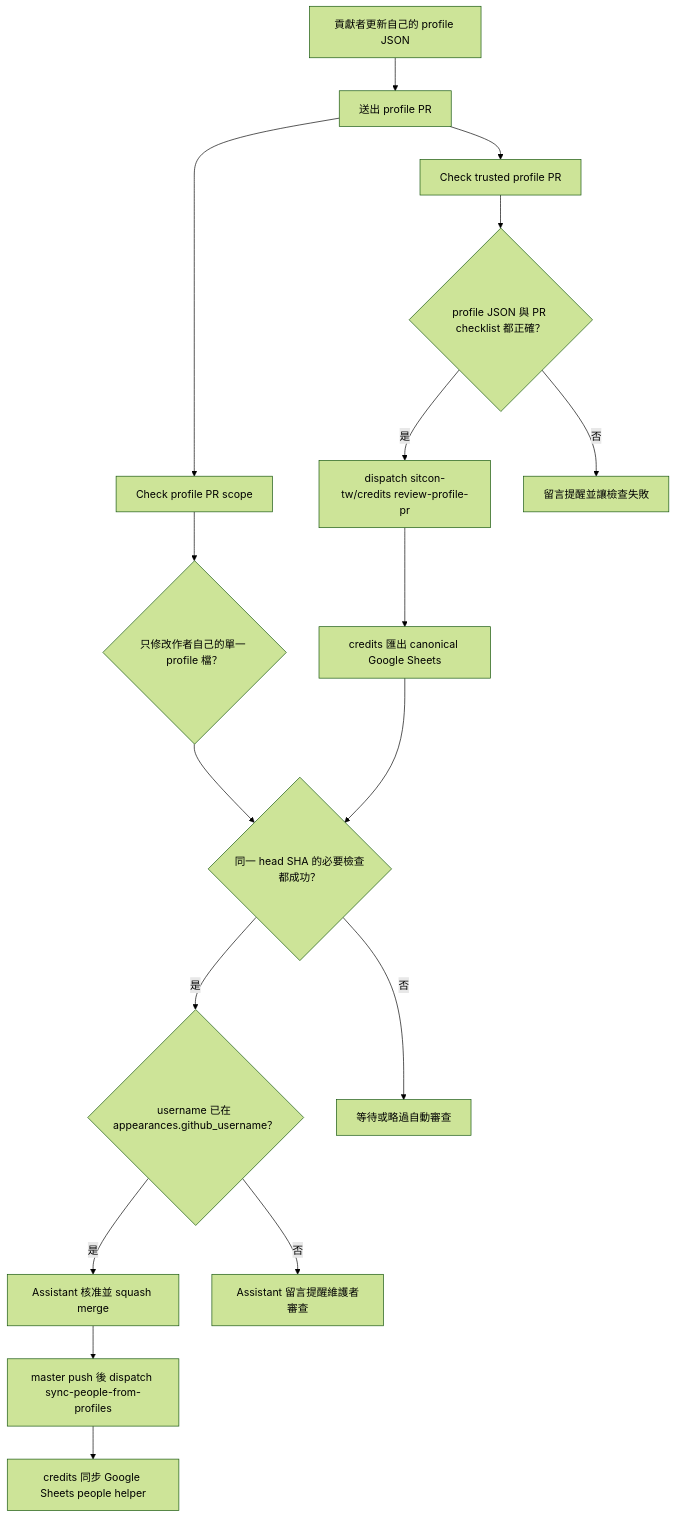
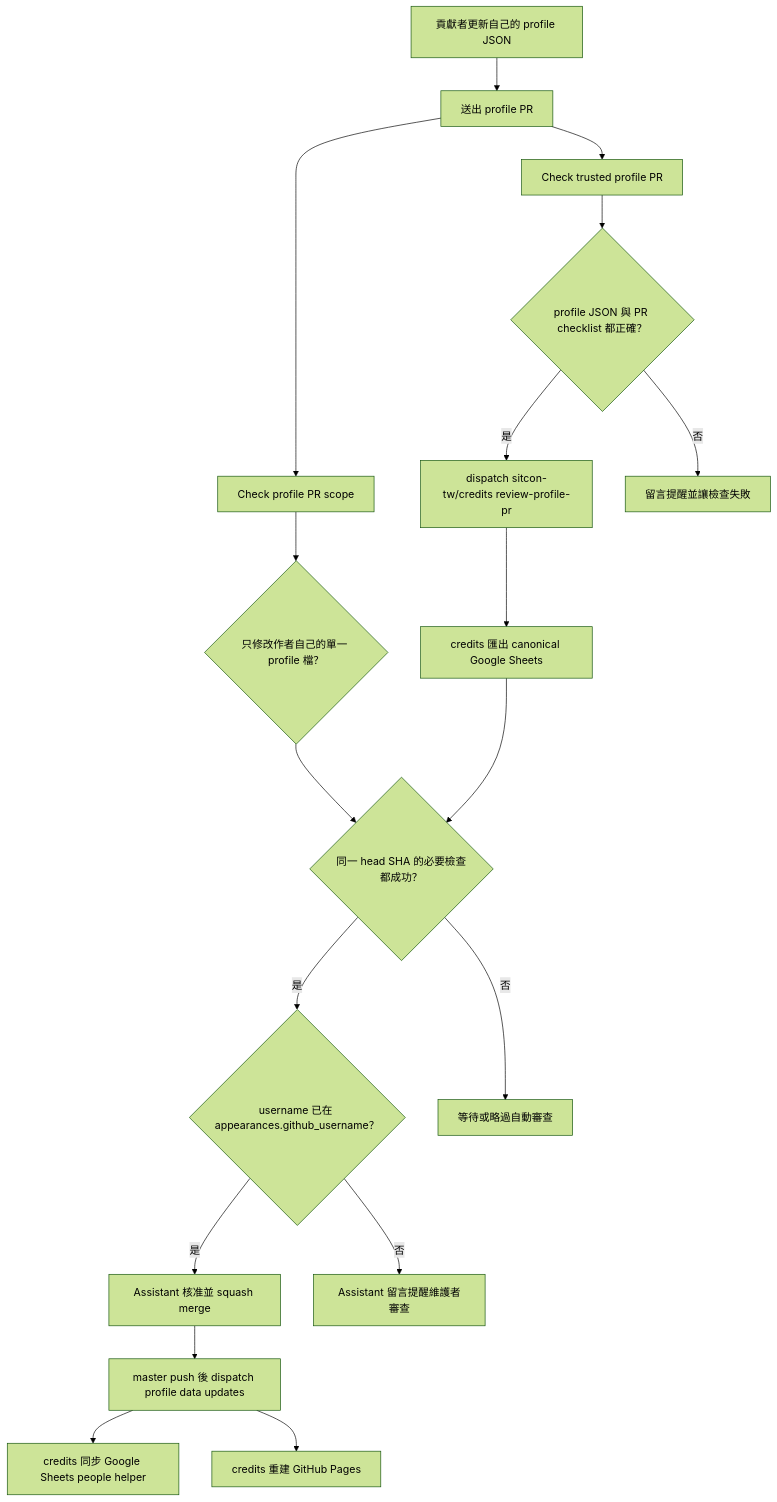
Before and after one commit to sitcon-tw/credits-profiles: the second of 2 diagrams in docs/workflows.md, drawn with Mermaid (forest theme). The commit also changed other lines of this file and 2 other files, not shown here.

Commit message:
ci: dispatch Pages rebuild after profile updates

````diff
--- a/docs/workflows.md
+++ b/docs/workflows.md
@@ -36,19 +36,20 @@
 ```mermaid
 flowchart TD
   contributor["貢獻者更新自己的 profile JSON"] --> pr["送出 profile PR"]
   pr --> scope["Check profile PR scope"]
   pr --> trusted["Check trusted profile PR"]
   trusted --> checklist{"profile JSON 與 PR checklist 都正確？"}
   scope --> owner{"只修改作者自己的單一 profile 檔？"}
   checklist -->|是| dispatch["dispatch sitcon-tw/credits review-profile-pr"]
   checklist -->|否| reminder["留言提醒並讓檢查失敗"]
   dispatch --> canonical["credits 匯出 canonical Google Sheets"]
   canonical --> required{"同一 head SHA 的必要檢查都成功？"}
   owner --> required
   required -->|是| appearance{"username 已在 appearances.github_username？"}
   required -->|否| waitOrSkip["等待或略過自動審查"]
   appearance -->|是| merge["Assistant 核准並 squash merge"]
   appearance -->|否| comment["Assistant 留言提醒維護者審查"]
-  merge --> sync["master push 後 dispatch sync-people-from-profiles"]
+  merge --> sync["master push 後 dispatch profile data updates"]
   sync --> people["credits 同步 Google Sheets people helper"]
+  sync --> pages["credits 重建 GitHub Pages"]
 ```
````
